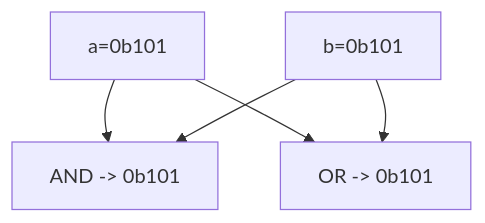
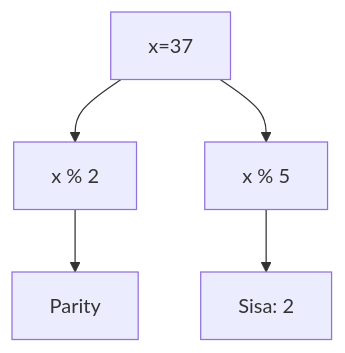
Diagram 18 of 25 in part-c-pemahaman-cpp/06-bitwise/latihan/set-07.md (amnahwaida/OSNK_INF_PREP), drawn with Mermaid before and after one commit. The commit also changed other lines of this file and 71 other files, not shown here.

````diff
--- a/part-c-pemahaman-cpp/06-bitwise/latihan/set-07.md
+++ b/part-c-pemahaman-cpp/06-bitwise/latihan/set-07.md
@@ -479,7 +538,7 @@
 ```mermaid
 graph TD
-    A["a=0b101"] --> C["AND -> 0b101"]
-    B["b=0b101"] --> C
-    A --> D["OR  -> 0b101"]
-    B --> D
+A[x=37] --> B[x % 2]
+B --> C[Parity]
+A --> D[x % 5]
+D --> E[Sisa: 2]
 ```
````
